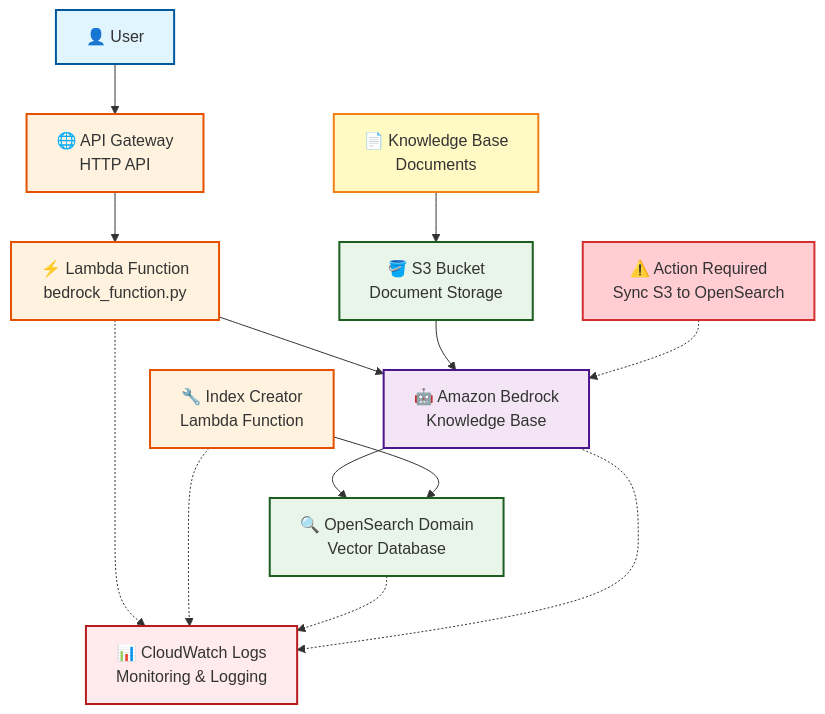
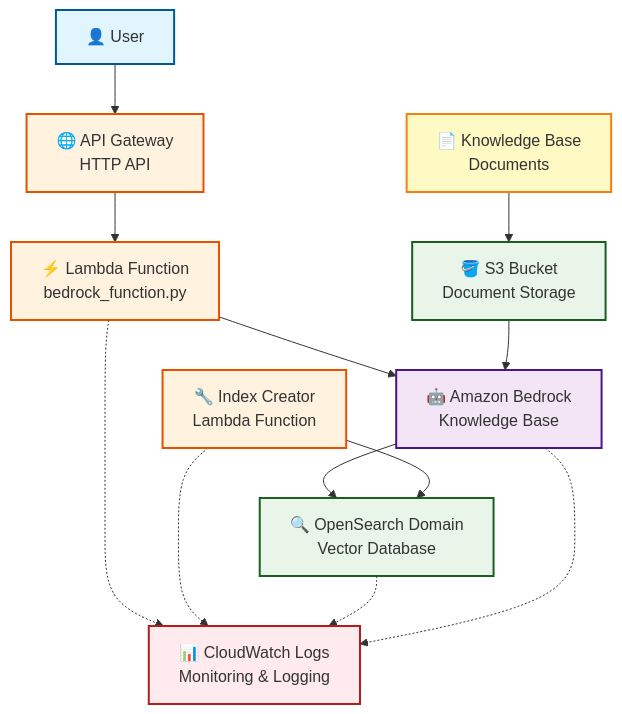
One commit to chris-royall/rag-knowledge-base changed the diagram in README.md. Above: the diagram before and after it, drawn with Mermaid. The commit also changed other lines of this file and 6 other files, not shown here.

Commit message:
feat: automate KB sync during deployment process

````diff
--- a/README.md
+++ b/README.md
@@ -32,52 +32,44 @@
 ```mermaid
 graph TB
-    %% Sync Process
-    Sync[⚠️ Action Required<br/>Sync S3 to OpenSearch]
-    
     %% User and External
     User[👤 User] --> API[🌐 API Gateway<br/>HTTP API]
     Docs[📄 Knowledge Base<br/>Documents] --> S3[🪣 S3 Bucket<br/>Document Storage]
     
     %% API Layer
     API --> Lambda[⚡ Lambda Function<br/>bedrock_function.py]
     
     %% Core RAG Components
     Lambda --> Bedrock[🤖 Amazon Bedrock<br/>Knowledge Base]
     OpenSearch[🔍 OpenSearch Domain<br/>Vector Database]
     Bedrock --> OpenSearch
     
     %% Data Flow
     S3 --> Bedrock
     
     %% Infrastructure Components
     IndexCreator[🔧 Index Creator<br/>Lambda Function] --> OpenSearch
     
     %% Monitoring
     CloudWatch[📊 CloudWatch Logs<br/>Monitoring & Logging]
     
     %% Connections to Monitoring
     Lambda -.-> CloudWatch
     IndexCreator -.-> CloudWatch
     OpenSearch -.-> CloudWatch
     Bedrock -.-> CloudWatch
     
-    %% Manual Sync Connections
-    Sync -.-> Bedrock
-    
     %% Styling
     classDef userClass fill:#e1f5fe,stroke:#01579b,stroke-width:2px
     classDef awsService fill:#fff3e0,stroke:#e65100,stroke-width:2px
     classDef bedrock fill:#f3e5f5,stroke:#4a148c,stroke-width:2px
     classDef storage fill:#e8f5e8,stroke:#1b5e20,stroke-width:2px
     classDef monitoring fill:#ffebee,stroke:#b71c1c,stroke-width:2px
     classDef docsClass fill:#fff9c4,stroke:#f57f17,stroke-width:2px
-    classDef manualClass fill:#ffcdd2,stroke:#d32f2f,stroke-width:2px
     
     class User userClass
     class API,Lambda,IndexCreator awsService
     class Bedrock bedrock
     class S3,OpenSearch storage
     class CloudWatch monitoring
     class Docs docsClass
-    class Sync manualClass
 ```
````
